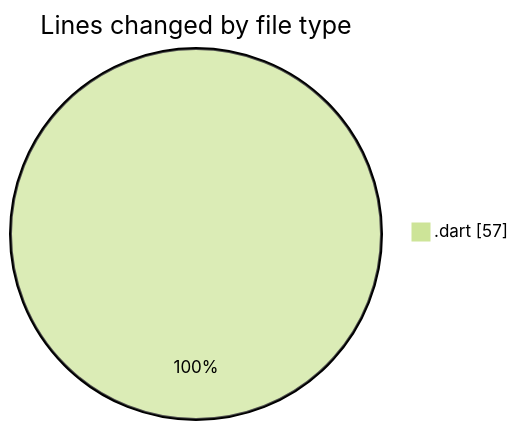
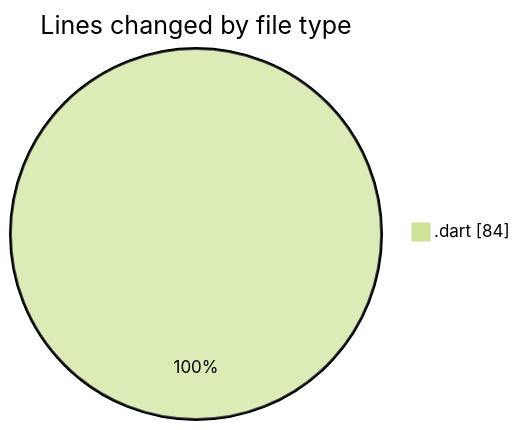
Before and after one commit to lephambinh05/code-tracking: the first of 2 diagrams in 2025-08-04/studybuddy/README.md, drawn with Mermaid (forest theme). The commit also changed other lines of this file and 1 other file, not shown here.

````diff
--- a/2025-08-04/studybuddy/README.md
+++ b/2025-08-04/studybuddy/README.md
@@ -22,5 +22,5 @@
 ```mermaid
 pie showData
 title Lines changed by file type
-".dart" : 57
+".dart" : 84
 ```
````
